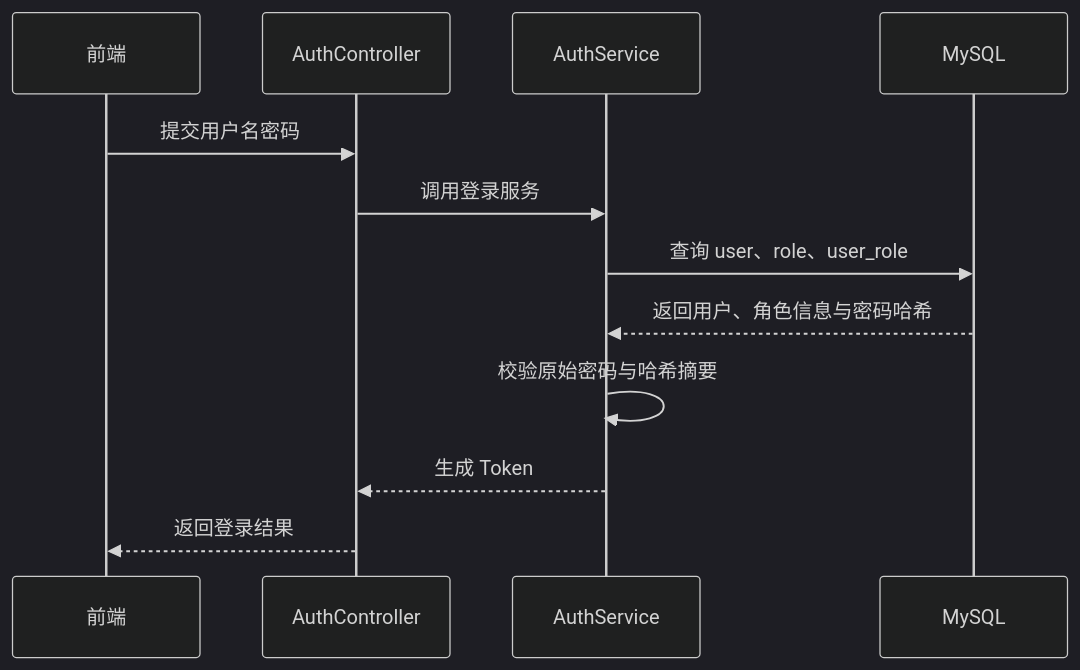
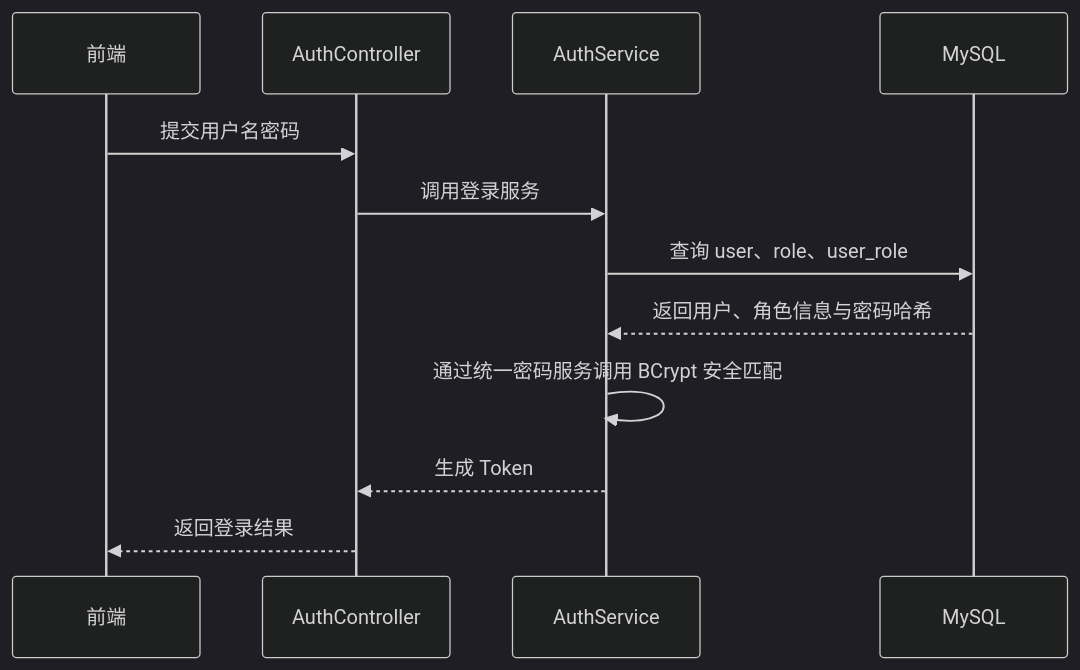
One commit to 1472858143/InventoryManagementSystem changed the fourth of 12 diagrams in Document/项目书.md. Above: the diagram before and after it, drawn with Mermaid (dark theme). The commit also changed other lines of this file and 2 other files, not shown here.

````diff
--- a/Document/项目书.md
+++ b/Document/项目书.md
@@ -936,14 +966,14 @@
 ```mermaid
 sequenceDiagram
     participant UI as 前端
     participant Auth as AuthController
     participant Service as AuthService
     participant DB as MySQL
     UI->>Auth: 提交用户名密码
     Auth->>Service: 调用登录服务
     Service->>DB: 查询 user、role、user_role
     DB-->>Service: 返回用户、角色信息与密码哈希
-    Service->>Service: 校验原始密码与哈希摘要
+    Service->>Service: 通过统一密码服务调用 BCrypt 安全匹配
     Service-->>Auth: 生成 Token
     Auth-->>UI: 返回登录结果
 ```
````
